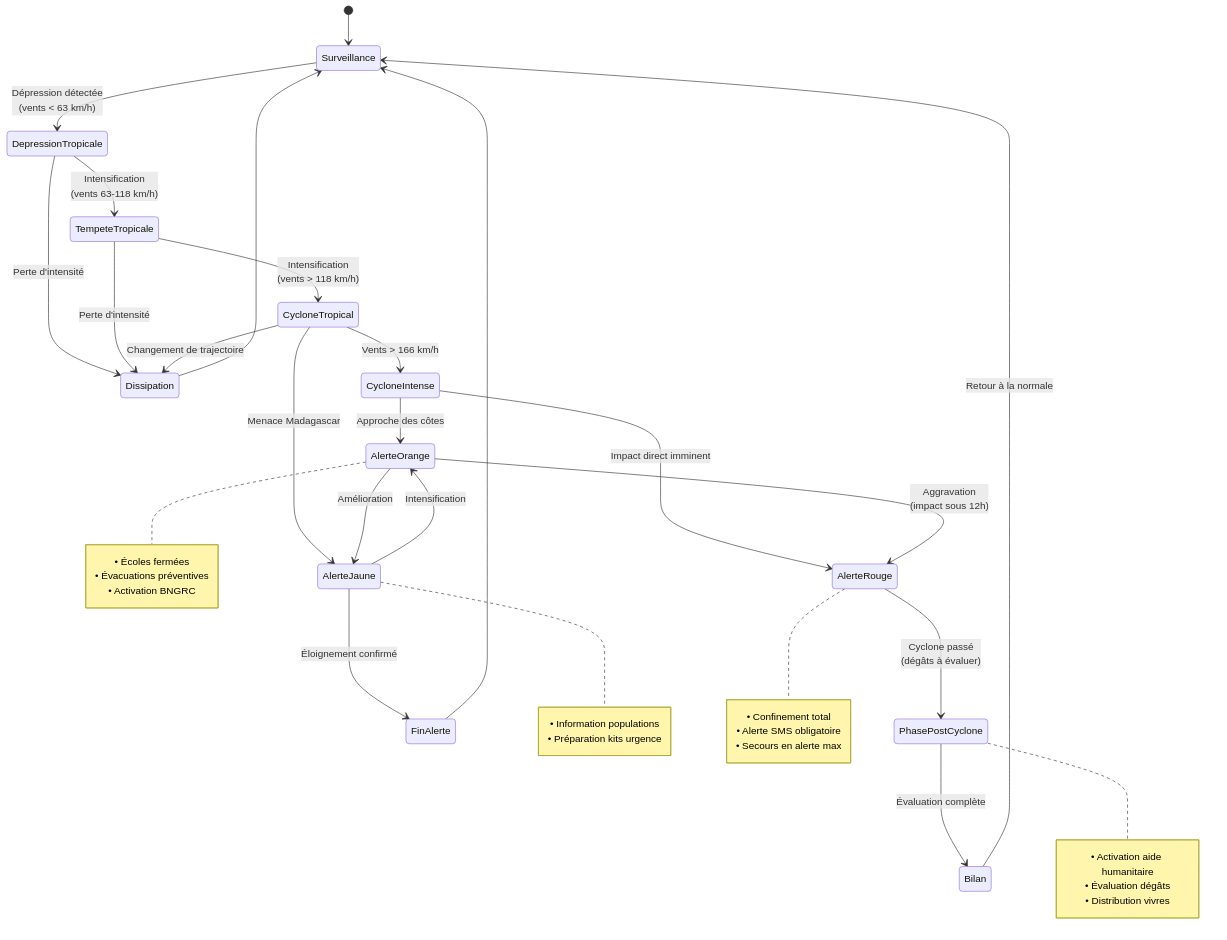
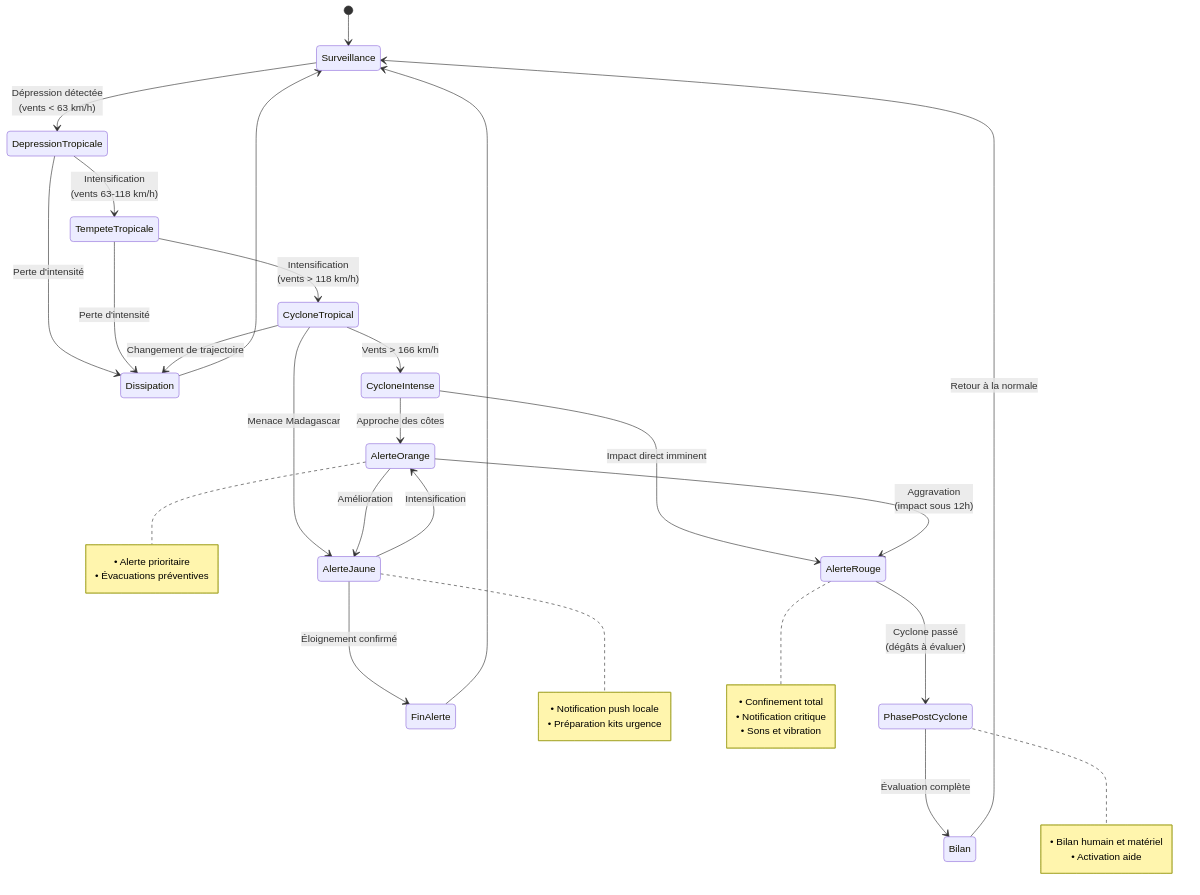
Before and after one commit to djenidisimple/meteoMada: the diagram in docs/conception/etats-cyclone.mmd, drawn with Mermaid. The commit also changed 4 other files, not shown here.

```diff
--- a/docs/conception/etats-cyclone.mmd
+++ b/docs/conception/etats-cyclone.mmd
@@ -1,36 +1,36 @@
 stateDiagram-v2
     [*] --> Surveillance
     
     Surveillance --> DepressionTropicale : Dépression détectée<br/>(vents < 63 km/h)
     
     DepressionTropicale --> TempeteTropicale : Intensification<br/>(vents 63-118 km/h)
     DepressionTropicale --> Dissipation : Perte d'intensité
     
     TempeteTropicale --> CycloneTropical : Intensification<br/>(vents > 118 km/h)
     TempeteTropicale --> Dissipation : Perte d'intensité
     
     CycloneTropical --> CycloneIntense : Vents > 166 km/h
     CycloneTropical --> AlerteJaune : Menace Madagascar
     CycloneTropical --> Dissipation : Changement de trajectoire
     
     CycloneIntense --> AlerteOrange : Approche des côtes
     CycloneIntense --> AlerteRouge : Impact direct imminent
     
     AlerteJaune --> AlerteOrange : Intensification
     AlerteJaune --> FinAlerte : Éloignement confirmé
     
     AlerteOrange --> AlerteRouge : Aggravation<br/>(impact sous 12h)
     AlerteOrange --> AlerteJaune : Amélioration
     
     AlerteRouge --> PhasePostCyclone : Cyclone passé<br/>(dégâts à évaluer)
     
     PhasePostCyclone --> Bilan : Évaluation complète
     Bilan --> Surveillance : Retour à la normale
     
     Dissipation --> Surveillance
     FinAlerte --> Surveillance
     
-    note right of AlerteJaune : • Information populations<br/>• Préparation kits urgence
-    note right of AlerteOrange : • Écoles fermées<br/>• Évacuations préventives<br/>• Activation BNGRC
-    note right of AlerteRouge : • Confinement total<br/>• Alerte SMS obligatoire<br/>• Secours en alerte max
-    note right of PhasePostCyclone : • Activation aide humanitaire<br/>• Évaluation dégâts<br/>• Distribution vivres
+    note right of AlerteJaune : • Notification push locale<br/>• Préparation kits urgence
+    note right of AlerteOrange : • Alerte prioritaire<br/>• Évacuations préventives
+    note right of AlerteRouge : • Confinement total<br/>• Notification critique<br/>• Sons et vibration
+    note right of PhasePostCyclone : • Bilan humain et matériel<br/>• Activation aide
```
